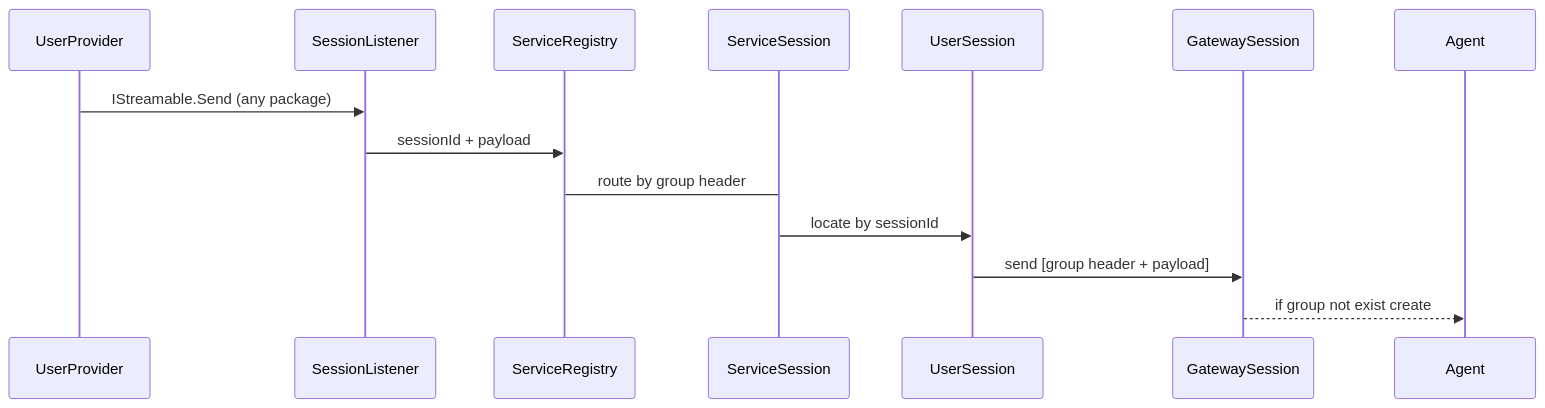
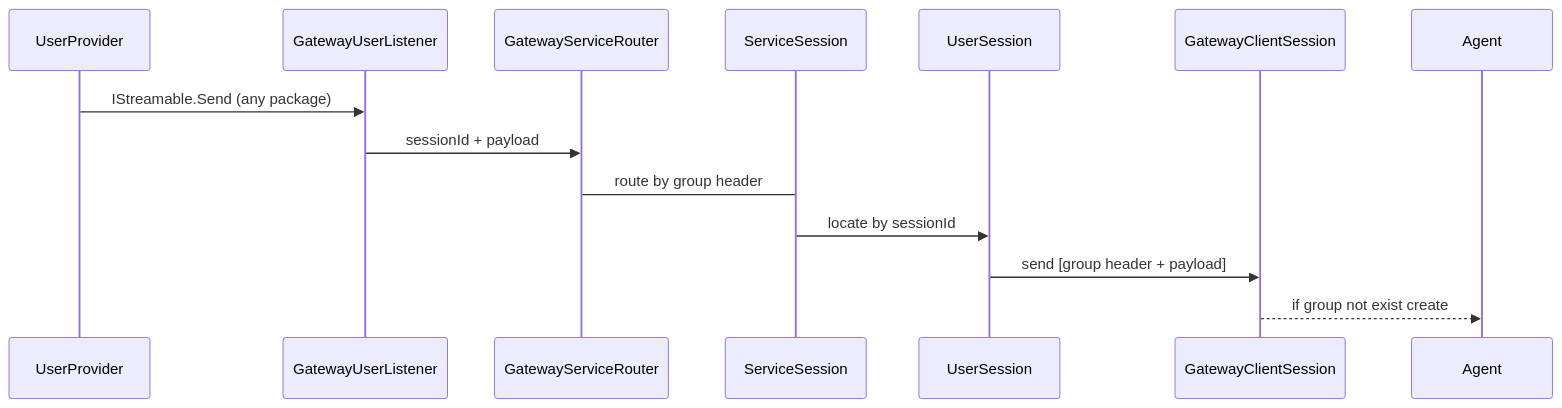
Before and after one commit to jiowchern/PinionCore.Remote: the sixth of 6 diagrams in PinionCore.Remote.Gateway/design.md, drawn with Mermaid. The commit also changed other lines of this file and 5 other files, not shown here.

First line of the commit message:
新增 GatewayServiceRouter 和 GatewayUserListener 測試

````diff
--- a/PinionCore.Remote.Gateway/design.md
+++ b/PinionCore.Remote.Gateway/design.md
@@ -205,9 +205,9 @@
 ```mermaid
 sequenceDiagram    
-    UserProvider ->> SessionListener: IStreamable.Send (any package)
-    SessionListener ->> ServiceRegistry: sessionId + payload
-    ServiceRegistry -> ServiceSession : route by group header
+    UserProvider ->> GatewayUserListener: IStreamable.Send (any package)
+    GatewayUserListener ->> GatewayServiceRouter: sessionId + payload
+    GatewayServiceRouter -> ServiceSession : route by group header
     ServiceSession ->> UserSession: locate by sessionId
-    UserSession ->> GatewaySession: send [group header + payload]
-    GatewaySession -->> Agent : if group not exist create
+    UserSession ->> GatewayClientSession: send [group header + payload]
+    GatewayClientSession -->> Agent : if group not exist create
 ```
````
